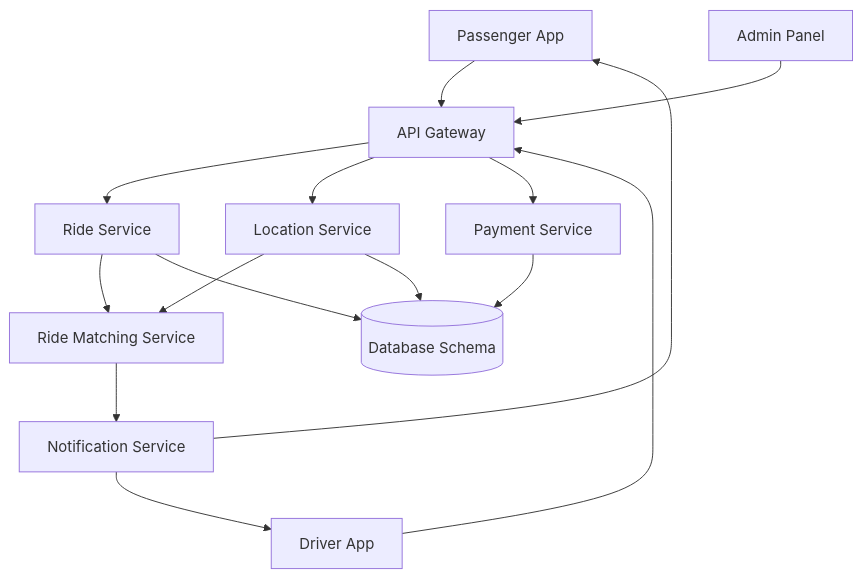
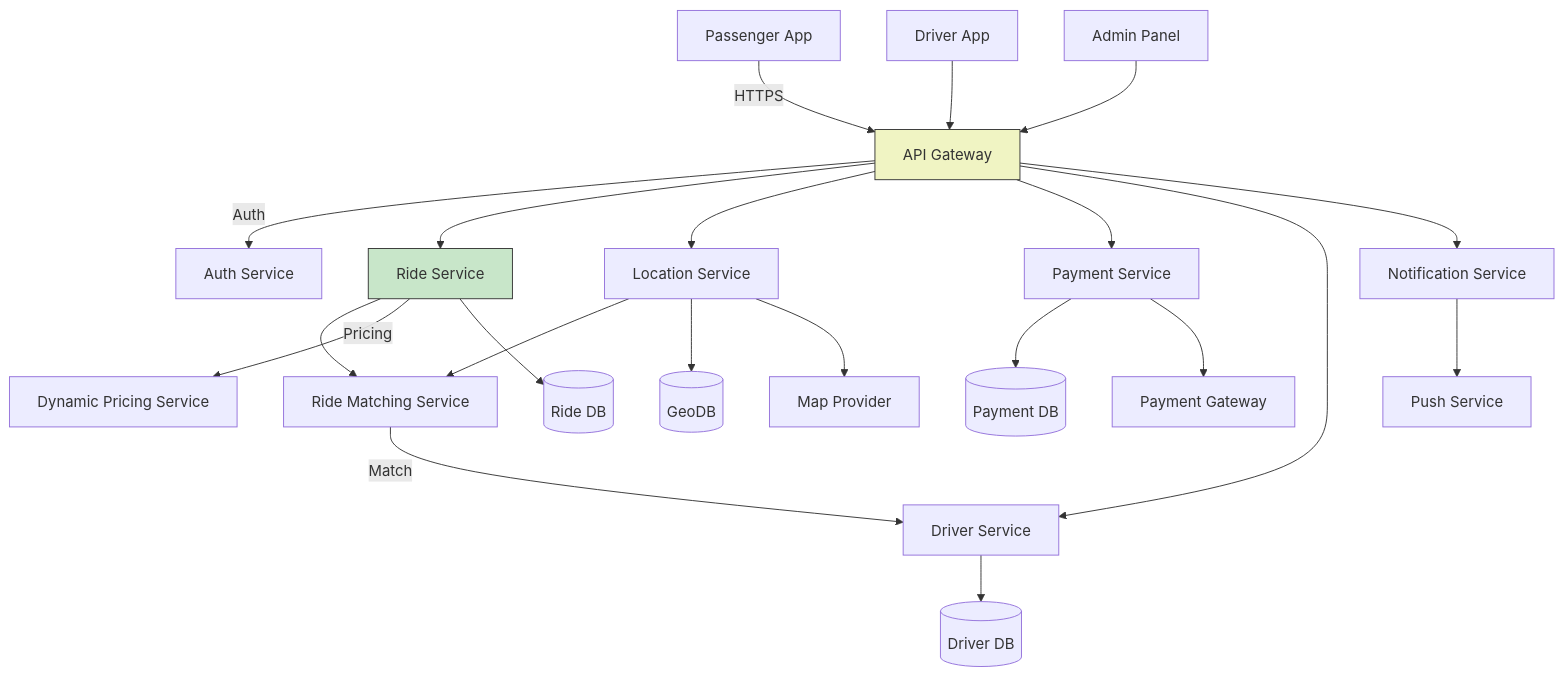
The first of 4 diagrams in README.md (ByteBix-Projects/ride-booking-intro), drawn with Mermaid before and after one commit. The commit also changed other lines of this file, not shown here.

````diff
--- a/README.md
+++ b/README.md
@@ -25,16 +25,35 @@
 ```mermaid
 graph TD
-PA[Passenger App] --> API[API Gateway]
-DA[Driver App] --> API
-AP[Admin Panel] --> API
-API --> RS[Ride Service]
-API --> LS[Location Service]
-API --> PS[Payment Service]
-RS --> RMS[Ride Matching Service]
-LS --> RMS
-RMS --> NS[Notification Service]
-NS --> PA & DA
-PS --> DB[(Database Schema)]
-LS --> DB
-RS --> DB
+    %% Client Layer
+    PA[Passenger App] -->|HTTPS| AG[API Gateway]
+    DA[Driver App] --> AG
+    AP[Admin Panel] --> AG
+    
+    %% Service Layer
+    AG -->|Auth| AS[Auth Service]
+    AG --> RS[Ride Service]
+    AG --> LS[Location Service]
+    AG --> PS[Payment Service]
+    AG --> DS[Driver Service]
+    AG --> NS[Notification Service]
+    
+    %% Core Workflow
+    RS --> RMS[Ride Matching Service]
+    LS --> RMS
+    RMS -->|Match| DS
+    RS -->|Pricing| DPS[Dynamic Pricing Service]
+    
+    %% Data Layer
+    PS --> PD[(Payment DB)]
+    LS --> GD[(GeoDB)]
+    RS --> RD[(Ride DB)]
+    DS --> DD[(Driver DB)]
+    
+    %% External Services
+    LS --> MP[Map Provider]
+    PS --> PG[Payment Gateway]
+    NS --> PN[Push Service]
+    
+    style AG fill:#f0f4c3,stroke:#333
+    style RS fill:#c8e6c9,stroke:#333
 ```
````
